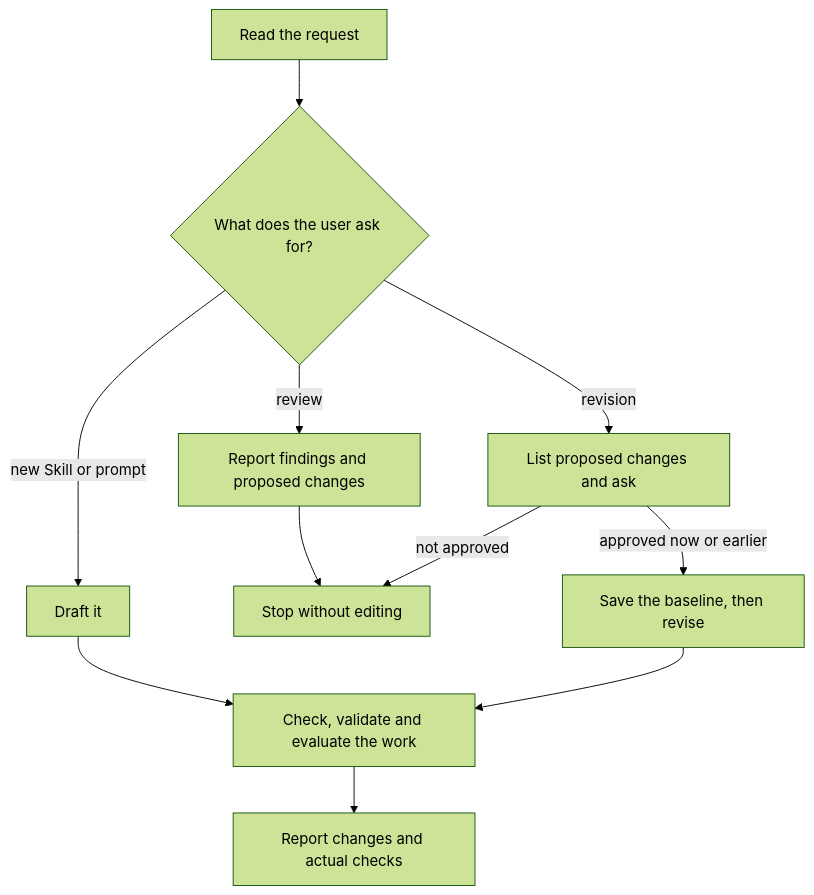
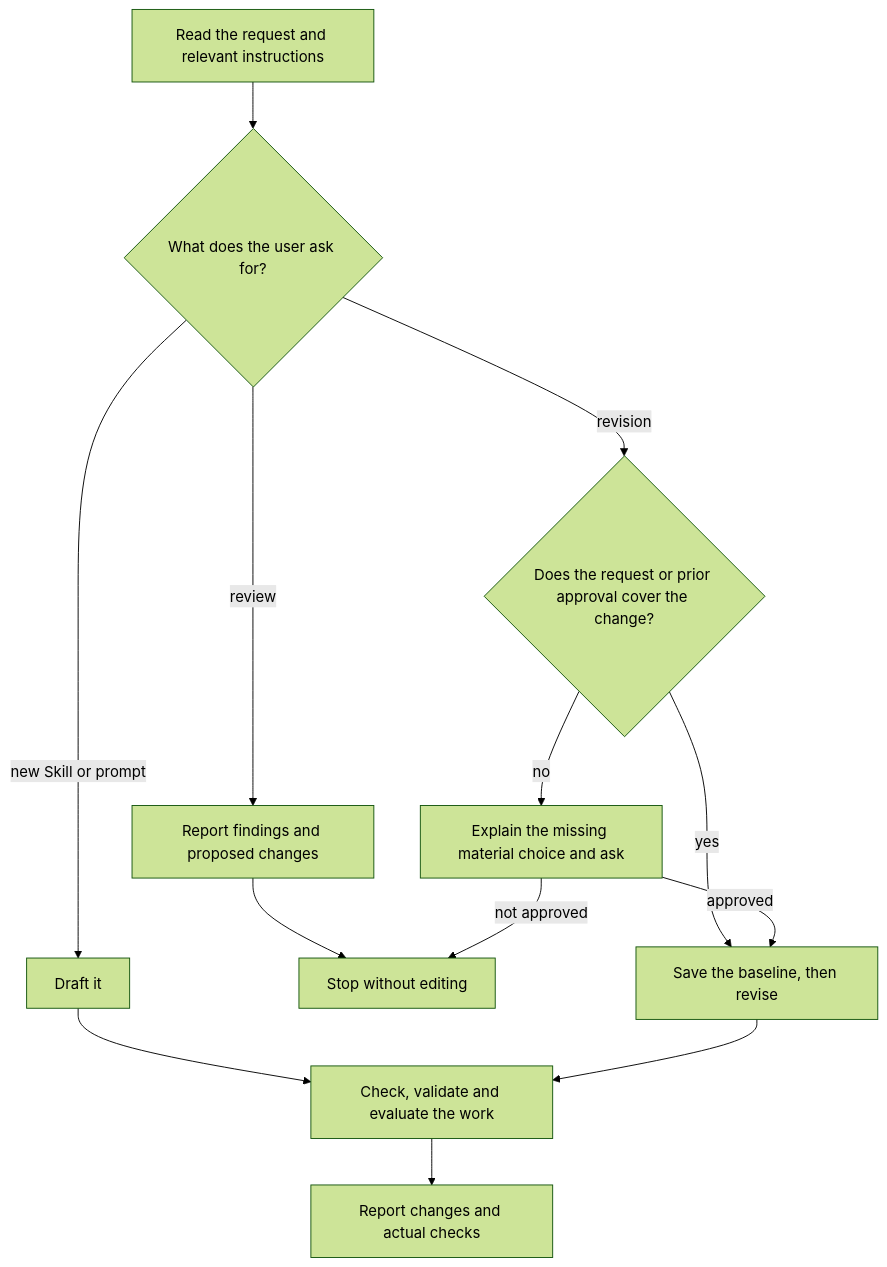
The diagram in packages/scoville-skillwriter/scoville-skillwriter/SKILL.md (benjaminstelzer/scoville-suite-for-codex-mainloop), drawn with Mermaid (forest theme) before and after one commit. The commit also changed other lines of this file and 559 other files, not shown here.

````diff
--- a/packages/scoville-skillwriter/scoville-skillwriter/SKILL.md
+++ b/packages/scoville-skillwriter/scoville-skillwriter/SKILL.md
@@ -16,13 +15,15 @@
 ```mermaid
 flowchart TD
-  request["Read the request"] --> mode{"What does the user ask for?"}
+  request["Read the request and relevant instructions"] --> mode{"What does the user ask for?"}
   mode -->|new Skill or prompt| draft["Draft it"]
   mode -->|review| review["Report findings and proposed changes"]
-  mode -->|revision| propose["List proposed changes and ask"]
+  mode -->|revision| authority{"Does the request or prior approval cover the change?"}
   review --> stop["Stop without editing"]
-  propose -->|approved now or earlier| revise["Save the baseline, then revise"]
-  propose -->|not approved| stop
+  authority -->|yes| revise["Save the baseline, then revise"]
+  authority -->|no| ask["Explain the missing material choice and ask"]
+  ask -->|approved| revise
+  ask -->|not approved| stop
   draft --> check["Check, validate and evaluate the work"]
   revise --> check
   check --> report["Report changes and actual checks"]
 ```
````
